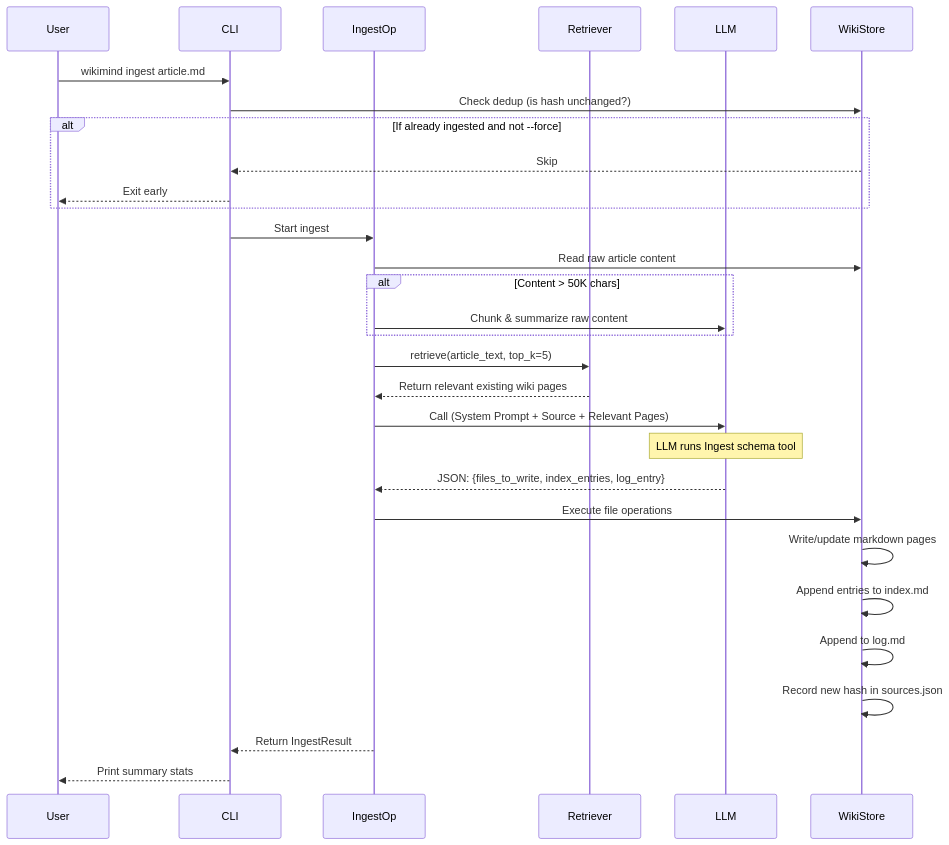
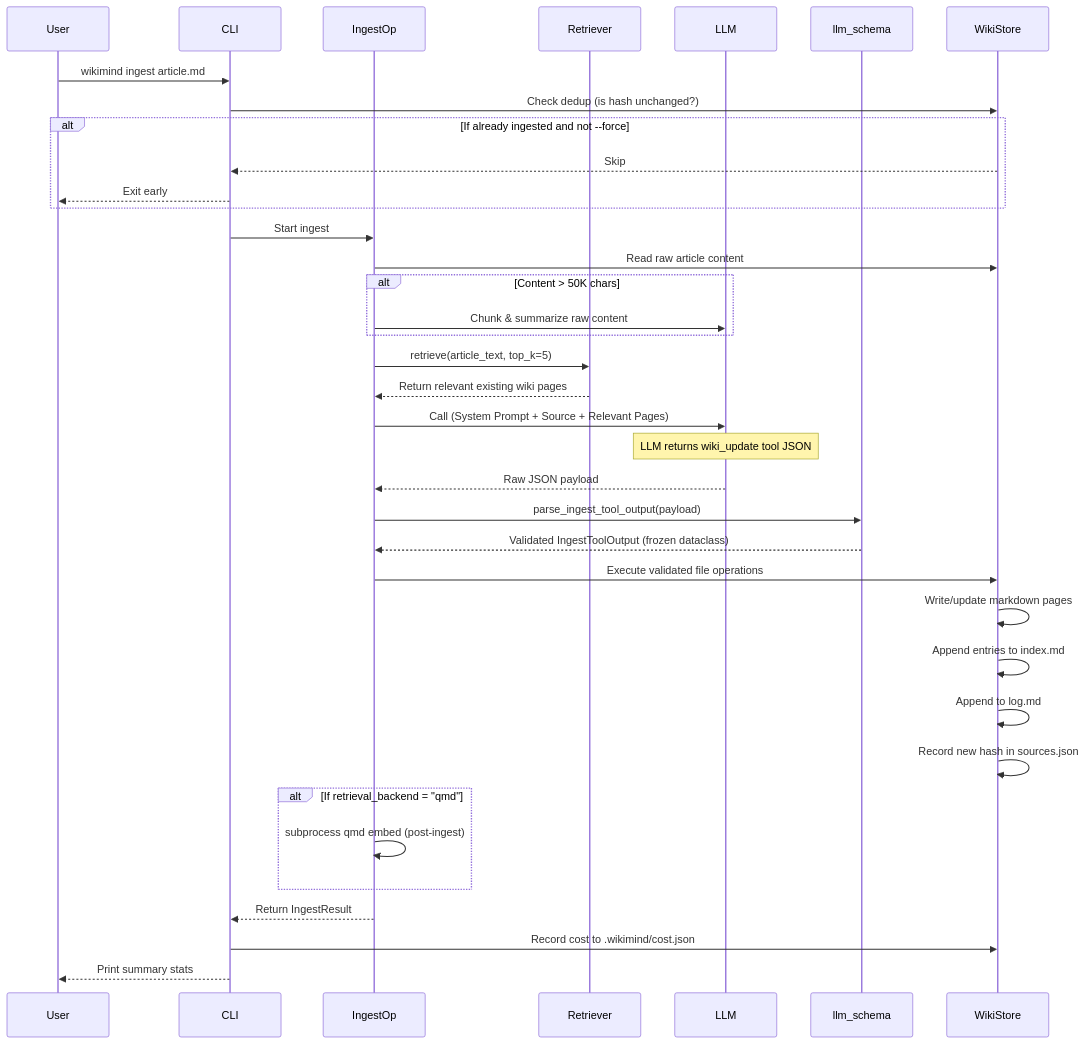
Before and after one commit to thaihoc215/wikimind: the first of 3 diagrams in ARCHITECTURE.md, drawn with Mermaid. The commit also changed other lines of this file and 4 other files, not shown here.

````diff
--- a/ARCHITECTURE.md
+++ b/ARCHITECTURE.md
@@ -29,38 +156,47 @@
 ```mermaid
 sequenceDiagram
     participant User
     participant CLI
     participant IngestOp
     participant Retriever
     participant LLM
+    participant Schema as llm_schema
     participant WikiStore
 
     User->>CLI: wikimind ingest article.md
     CLI->>WikiStore: Check dedup (is hash unchanged?)
     alt If already ingested and not --force
         WikiStore-->>CLI: Skip
         CLI-->>User: Exit early
     end
     
     CLI->>IngestOp: Start ingest
     IngestOp->>WikiStore: Read raw article content
     alt Content > 50K chars
         IngestOp->>LLM: Chunk & summarize raw content
     end
     
     IngestOp->>Retriever: retrieve(article_text, top_k=5)
     Retriever-->>IngestOp: Return relevant existing wiki pages
     
     IngestOp->>LLM: Call (System Prompt + Source + Relevant Pages)
-    Note over LLM: LLM runs Ingest schema tool
-    LLM-->>IngestOp: JSON: {files_to_write, index_entries, log_entry}
+    Note over LLM: LLM returns wiki_update tool JSON
+    LLM-->>IngestOp: Raw JSON payload
     
-    IngestOp->>WikiStore: Execute file operations
+    IngestOp->>Schema: parse_ingest_tool_output(payload)
+    Schema-->>IngestOp: Validated IngestToolOutput (frozen dataclass)
+    
+    IngestOp->>WikiStore: Execute validated file operations
     WikiStore->>WikiStore: Write/update markdown pages
     WikiStore->>WikiStore: Append entries to index.md
     WikiStore->>WikiStore: Append to log.md
     WikiStore->>WikiStore: Record new hash in sources.json
     
+    alt If retrieval_backend = "qmd"
+        IngestOp->>IngestOp: subprocess qmd embed (post-ingest)
+    end
+    
     IngestOp-->>CLI: Return IngestResult
+    CLI->>WikiStore: Record cost to .wikimind/cost.json
     CLI-->>User: Print summary stats
 ```
````
